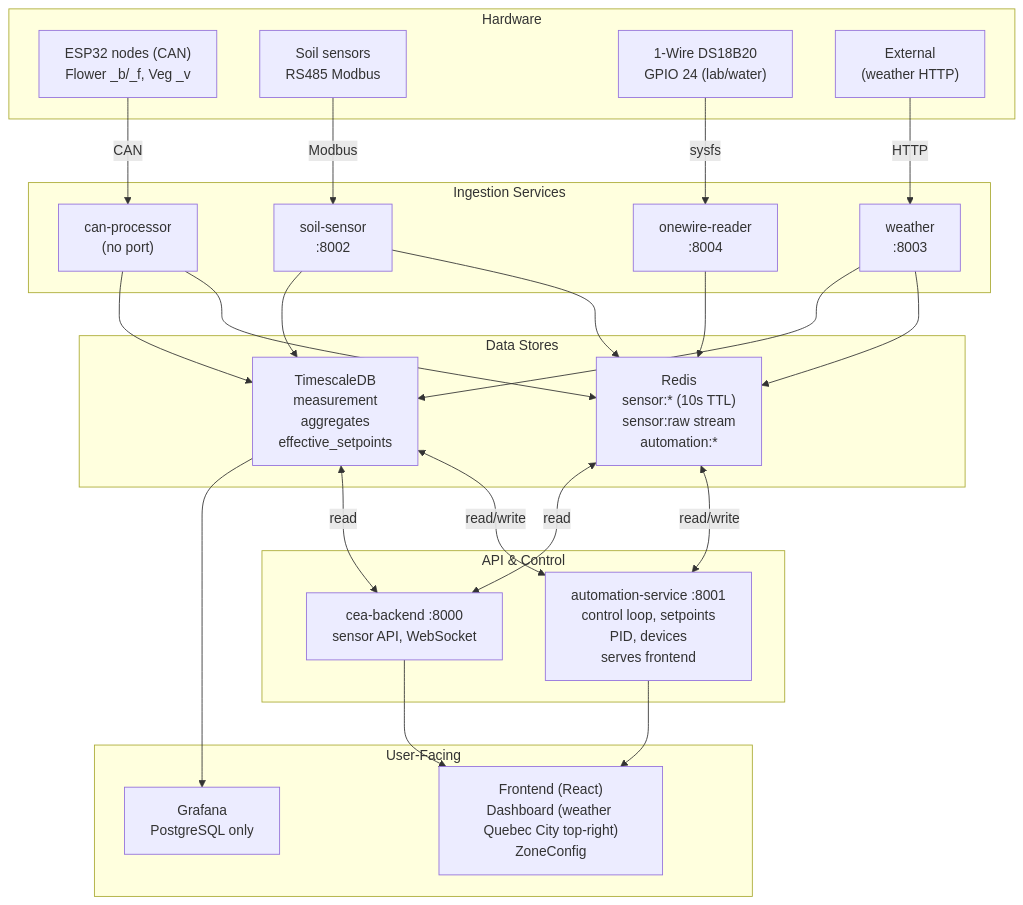
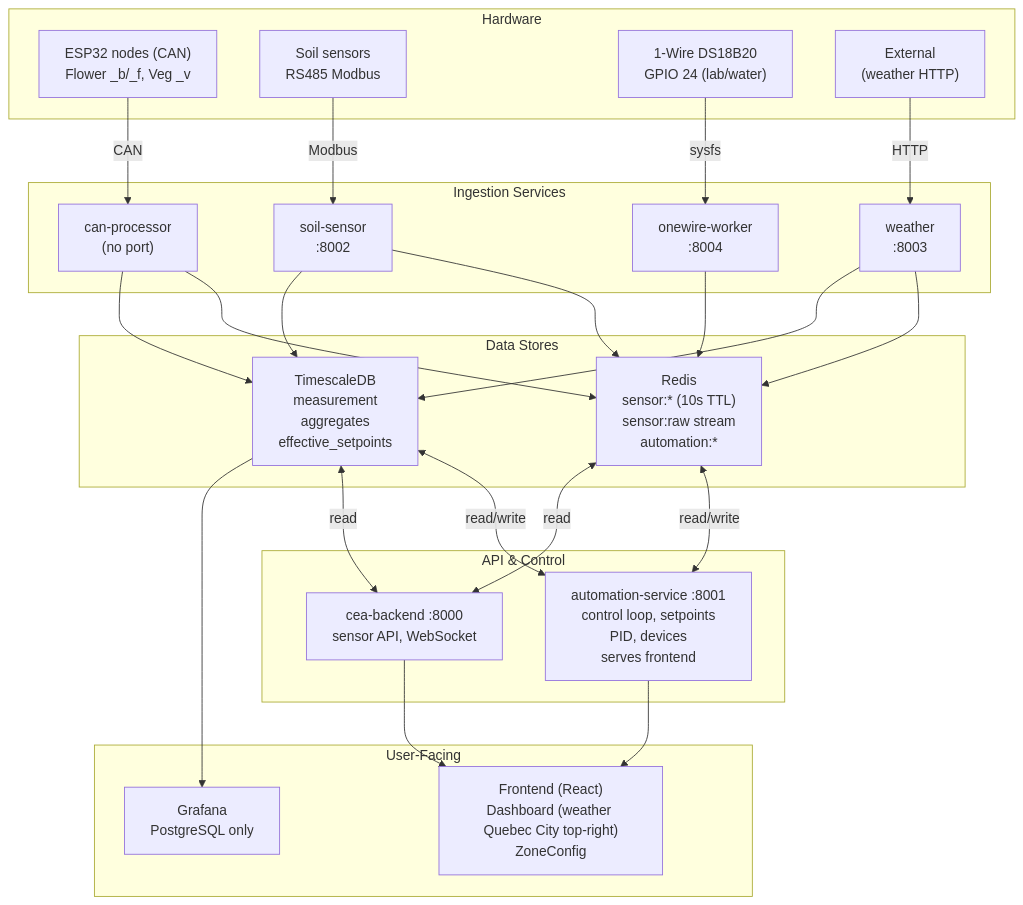
Before and after one commit to Phoenix5595/ProjectCEA: the first of 2 diagrams in ARCHITECTURE_SCHEMATIC.md, drawn with Mermaid. The commit also changed other lines of this file and 16 other files, not shown here.

First line of the commit message:
feat: onewire-worker rename, Lab temp/water temp on dashboard, CORS fix

````diff
--- a/ARCHITECTURE_SCHEMATIC.md
+++ b/ARCHITECTURE_SCHEMATIC.md
@@ -20,53 +20,53 @@
 ```mermaid
 flowchart TB
   subgraph HARDWARE["Hardware"]
     ESP32["ESP32 nodes (CAN)\nFlower _b/_f, Veg _v"]
     SOIL["Soil sensors\nRS485 Modbus"]
     W1["1-Wire DS18B20\nGPIO 24 (lab/water)"]
     EXT["External\n(weather HTTP)"]
   end
 
   subgraph INGEST["Ingestion Services"]
     CAN["can-processor\n(no port)"]
     SOIL_SVC["soil-sensor\n:8002"]
-    OW["onewire-reader\n:8004"]
+    OW["onewire-worker\n:8004"]
     WX["weather\n:8003"]
   end
 
   subgraph STORE["Data Stores"]
     REDIS["Redis\nsensor:* (10s TTL)\nsensor:raw stream\nautomation:*"]
     TSDB["TimescaleDB\nmeasurement\naggregates\neffective_setpoints"]
   end
 
   subgraph API["API & Control"]
     BACK["cea-backend :8000\nsensor API, WebSocket"]
     AUTO["automation-service :8001\ncontrol loop, setpoints\nPID, devices\nserves frontend"]
   end
 
   subgraph UI["User-Facing"]
     FE["Frontend (React)\nDashboard (weather Quebec City top-right)\nZoneConfig"]
     GRAF["Grafana\nPostgreSQL only"]
   end
 
   ESP32 -->|CAN| CAN
   SOIL -->|Modbus| SOIL_SVC
   W1 -->|sysfs| OW
   EXT -->|HTTP| WX
 
   CAN --> REDIS
   CAN --> TSDB
   SOIL_SVC --> REDIS
   SOIL_SVC --> TSDB
   OW --> REDIS
   WX --> REDIS
   WX --> TSDB
 
   REDIS <-->|read/write| AUTO
   TSDB <-->|read/write| AUTO
   REDIS <-->|read| BACK
   TSDB <-->|read| BACK
 
   BACK --> FE
   AUTO --> FE
   TSDB --> GRAF
 ```
````
